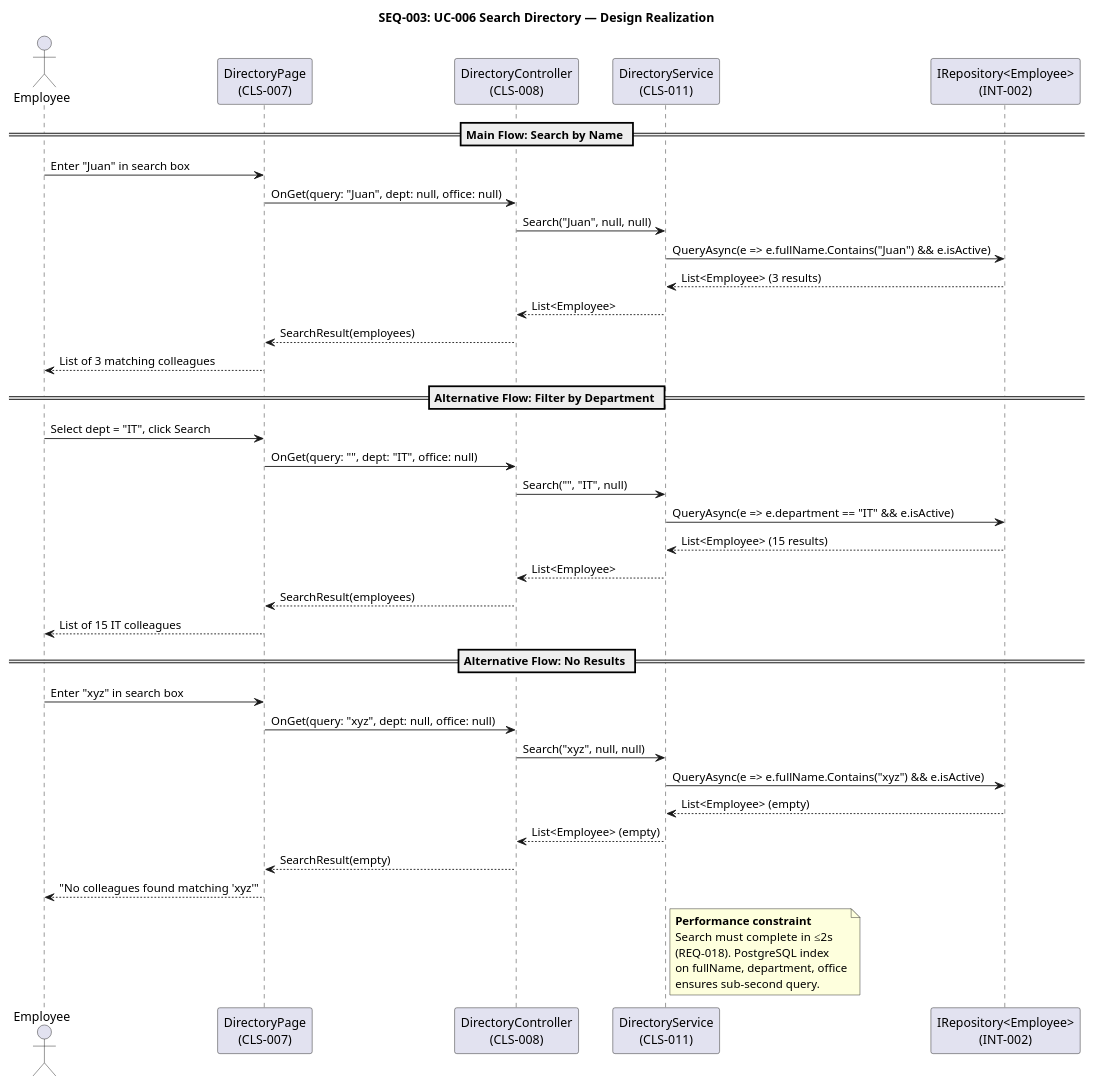
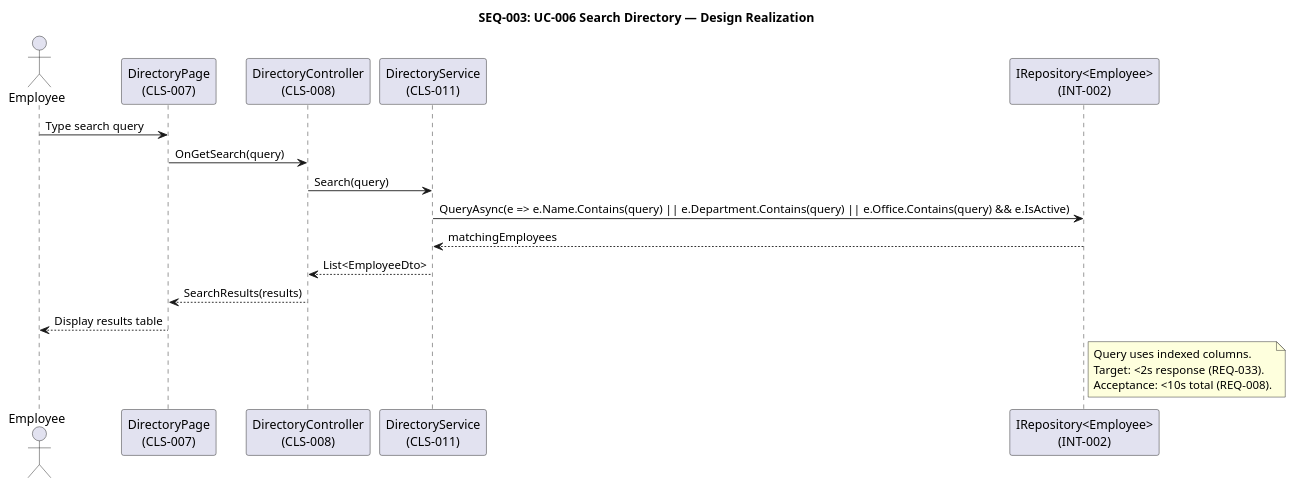
One commit to banense-test/demo-janke-lab changed the eighth of 26 diagrams in docs/artifacts/analysis---design/design-model.md. Above: the diagram before and after it, drawn with PlantUML. The commit also changed other lines of this file, not shown here.

````diff
--- a/docs/artifacts/analysis---design/design-model.md
+++ b/docs/artifacts/analysis---design/design-model.md
@@ -675,53 +619,27 @@
 ```plantuml
 @startuml
 title SEQ-003: UC-006 Search Directory — Design Realization
 
 actor "Employee" as EMP
 participant "DirectoryPage\n(CLS-007)" as UI
 participant "DirectoryController\n(CLS-008)" as CTRL
-participant "DirectoryService\n(CLS-011)" as DS
+participant "DirectoryService\n(CLS-011)" as SVC
 participant "IRepository<Employee>\n(INT-002)" as REPO
 
-== Main Flow: Search by Name ==
+EMP -> UI : Type search query
+UI -> CTRL : OnGetSearch(query)
+CTRL -> SVC : Search(query)
+SVC -> REPO : QueryAsync(e => e.Name.Contains(query) || e.Department.Contains(query) || e.Office.Contains(query) && e.IsActive)
+REPO --> SVC : matchingEmployees
+SVC --> CTRL : List<EmployeeDto>
+CTRL --> UI : SearchResults(results)
+UI --> EMP : Display results table
 
-EMP -> UI : Enter "Juan" in search box
-UI -> CTRL : OnGet(query: "Juan", dept: null, office: null)
-CTRL -> DS : Search("Juan", null, null)
-DS -> REPO : QueryAsync(e => e.fullName.Contains("Juan") && e.isActive)
-REPO --> DS : List<Employee> (3 results)
-DS --> CTRL : List<Employee>
-CTRL --> UI : SearchResult(employees)
-UI --> EMP : List of 3 matching colleagues
-
-== Alternative Flow: Filter by Department ==
-
-EMP -> UI : Select dept = "IT", click Search
-UI -> CTRL : OnGet(query: "", dept: "IT", office: null)
-CTRL -> DS : Search("", "IT", null)
-DS -> REPO : QueryAsync(e => e.department == "IT" && e.isActive)
-REPO --> DS : List<Employee> (15 results)
-DS --> CTRL : List<Employee>
-CTRL --> UI : SearchResult(employees)
-UI --> EMP : List of 15 IT colleagues
-
-== Alternative Flow: No Results ==
-
-EMP -> UI : Enter "xyz" in search box
-UI -> CTRL : OnGet(query: "xyz", dept: null, office: null)
-CTRL -> DS : Search("xyz", null, null)
-DS -> REPO : QueryAsync(e => e.fullName.Contains("xyz") && e.isActive)
-REPO --> DS : List<Employee> (empty)
-DS --> CTRL : List<Employee> (empty)
-CTRL --> UI : SearchResult(empty)
-UI --> EMP : "No colleagues found matching 'xyz'"
-
-note right of DS
-  **Performance constraint**
-  Search must complete in ≤2s
-  (REQ-018). PostgreSQL index
-  on fullName, department, office
-  ensures sub-second query.
+note right of REPO
+  Query uses indexed columns.
+  Target: <2s response (REQ-033).
+  Acceptance: <10s total (REQ-008).
 end note
 
 @enduml
 ```
````
